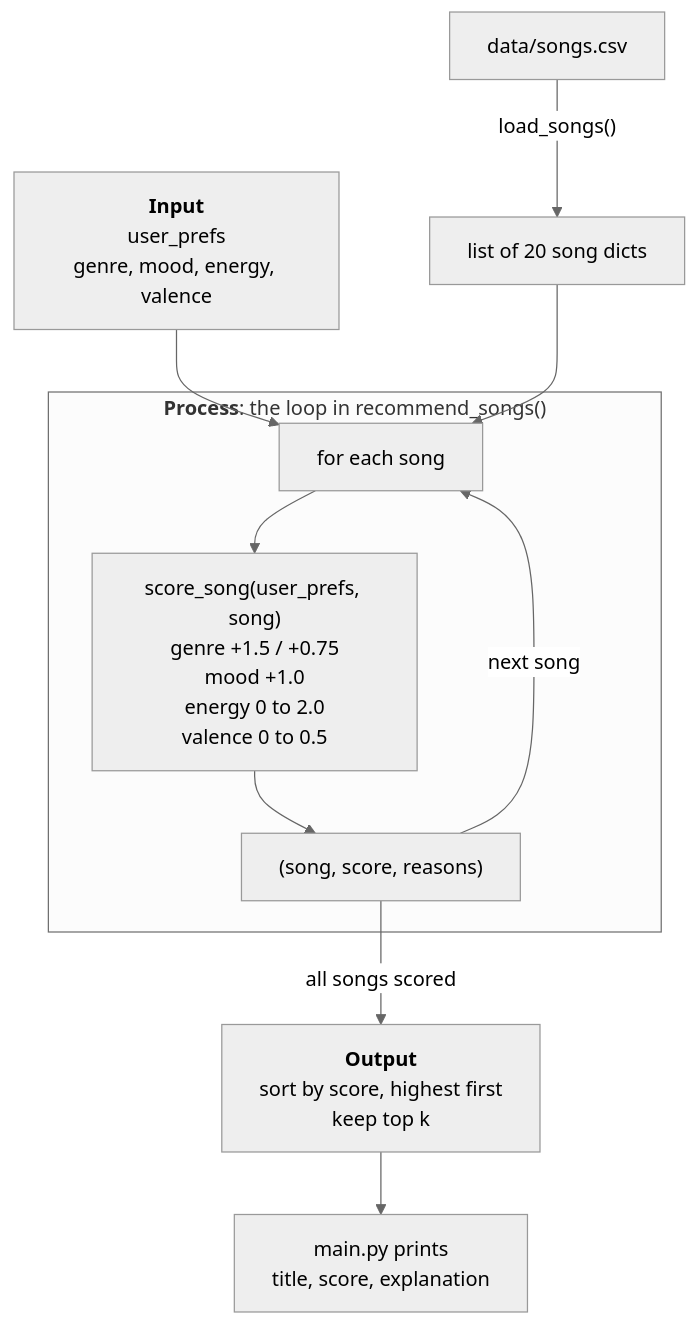
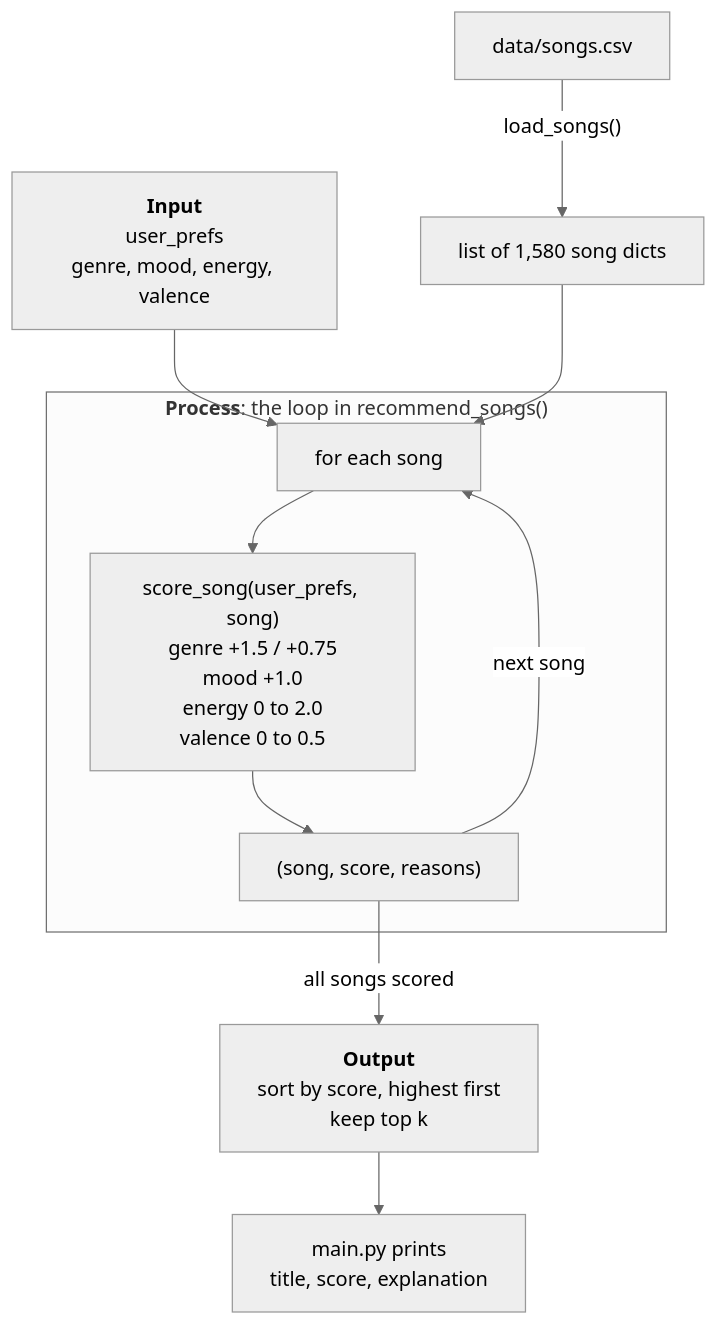
The diagram in README.md (ThePurpleClub/applied-ai-system-project), drawn with Mermaid (neutral theme) before and after one commit. The commit also changed other lines of this file and 17 other files, not shown here.

First line of the commit message:
Use real Spotify songs, a 3D song map, and pinned dependencies.

````diff
--- a/README.md
+++ b/README.md
@@ -58,15 +59,15 @@
 ```mermaid
 flowchart TD
     A["<b>Input</b><br/>user_prefs<br/>genre, mood, energy, valence"] --> C
-    B["data/songs.csv"] -->|"load_songs()"| L["list of 20 song dicts"]
+    B["data/songs.csv"] -->|"load_songs()"| L["list of 1,580 song dicts"]
     L --> C
 
     subgraph P["<b>Process</b>: the loop in recommend_songs()"]
         C["for each song"] --> S["score_song(user_prefs, song)<br/>genre +1.5 / +0.75<br/>mood +1.0<br/>energy 0 to 2.0<br/>valence 0 to 0.5"]
         S --> R["(song, score, reasons)"]
         R -->|next song| C
     end
 
     R -->|all songs scored| O["<b>Output</b><br/>sort by score, highest first<br/>keep top k"]
     O --> M["main.py prints<br/>title, score, explanation"]
 ```
````
